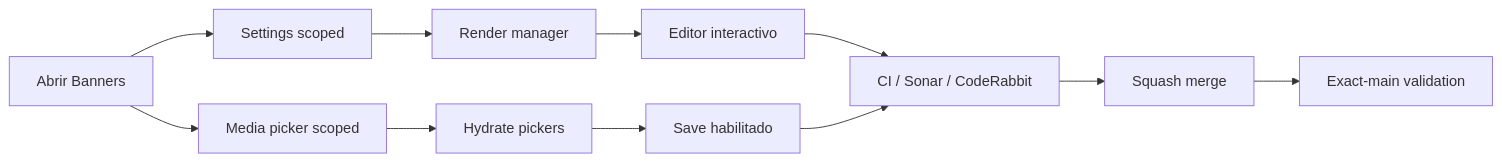
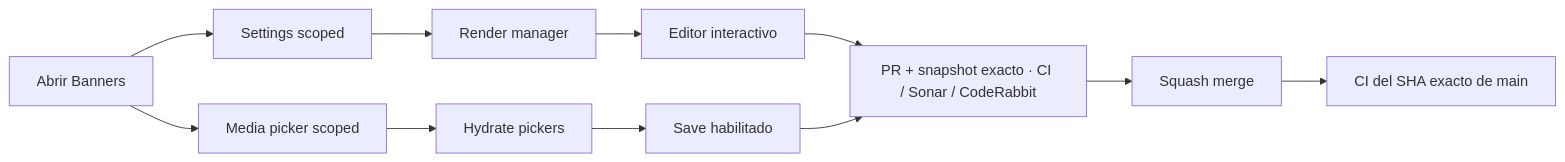
The diagram in README.md (pl0n3r/brvtal), drawn with Mermaid before and after one commit. The commit also changed other lines of this file, not shown here.

Commit message:
docs: restore canonical README delivery markers

````diff
--- a/README.md
+++ b/README.md
@@ -49,13 +49,13 @@
 ```mermaid
 flowchart LR
  A["Abrir Banners"] --> S["Settings scoped"]
  A --> M["Media picker scoped"]
  S --> R["Render manager"]
  M --> H["Hydrate pickers"]
  R --> I["Editor interactivo"]
  H --> V["Save habilitado"]
- I --> G["CI / Sonar / CodeRabbit"]
+ I --> G["PR + snapshot exacto · CI / Sonar / CodeRabbit"]
  V --> G
  G --> Q["Squash merge"]
- Q --> X["Exact-main validation"]
+ Q --> X["CI del SHA exacto de main"]
 ```
````
